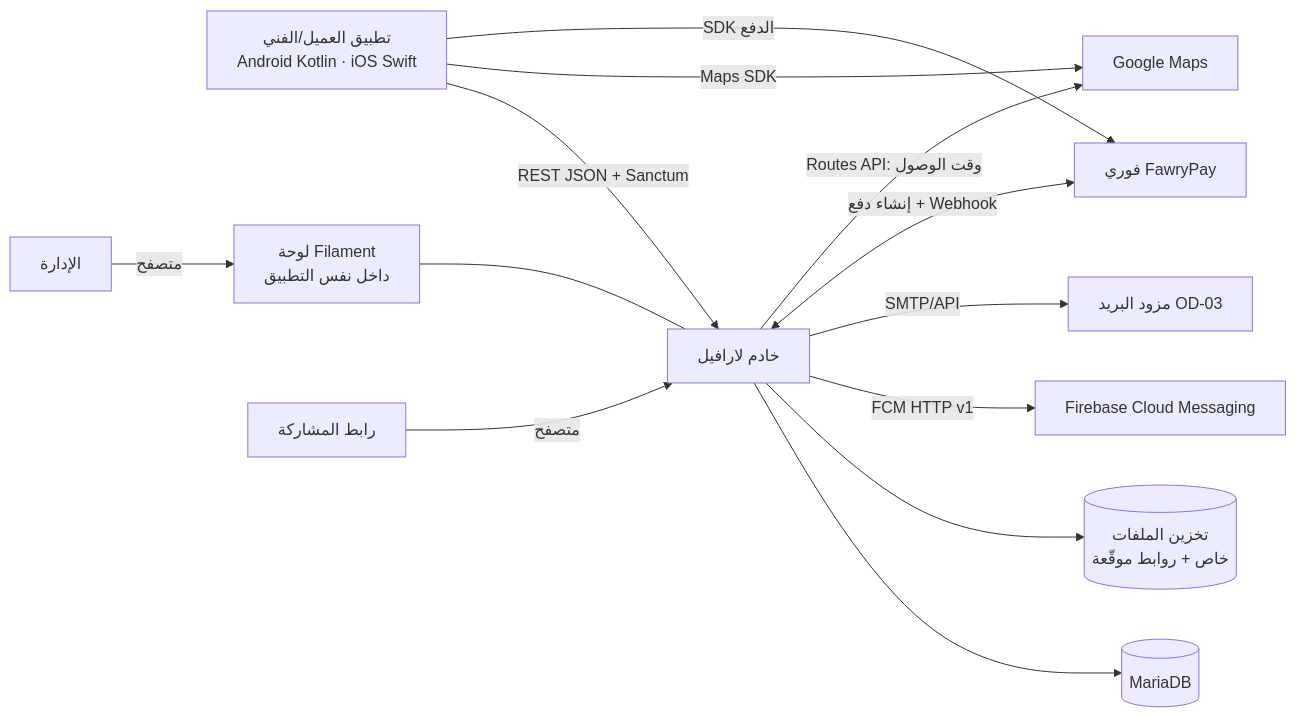
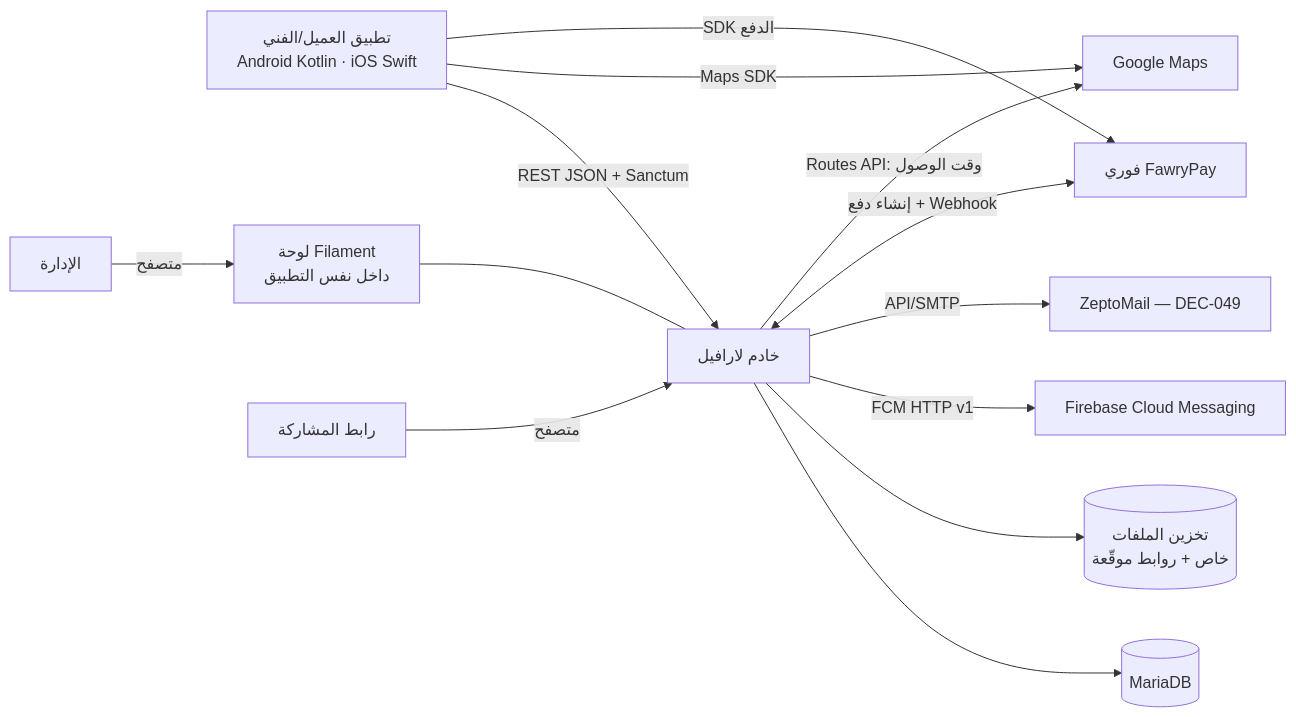
Before and after one commit to ma7modGamel/bzr.noox.test: the first of 2 diagrams in docs/30-SYSTEM-ARCHITECTURE.md, drawn with Mermaid. The commit also changed other lines of this file and 1013 other files, not shown here.

````diff
--- a/docs/30-SYSTEM-ARCHITECTURE.md
+++ b/docs/30-SYSTEM-ARCHITECTURE.md
@@ -6,15 +6,15 @@
 ```mermaid
 flowchart LR
   C[تطبيق العميل/الفني<br/>Android Kotlin · iOS Swift] -->|REST JSON + Sanctum| B[خادم لارافيل]
   A[الإدارة] -->|متصفح| F[لوحة Filament<br/>داخل نفس التطبيق]
   F --- B
   W[رابط المشاركة] -->|متصفح| B
   B --> DB[(MariaDB)]
   B --> S[(تخزين الملفات<br/>خاص + روابط موقّعة)]
   B -->|FCM HTTP v1| G[Firebase Cloud Messaging]
-  B -->|SMTP/API| M[مزود البريد OD-03]
+  B -->|API/SMTP| M[ZeptoMail — DEC-049]
   B <-->|إنشاء دفع + Webhook| FW[فوري FawryPay]
   C -->|Maps SDK| GM[Google Maps]
   B -->|Routes API: وقت الوصول| GM
   C -->|SDK الدفع| FW
 ```
````
